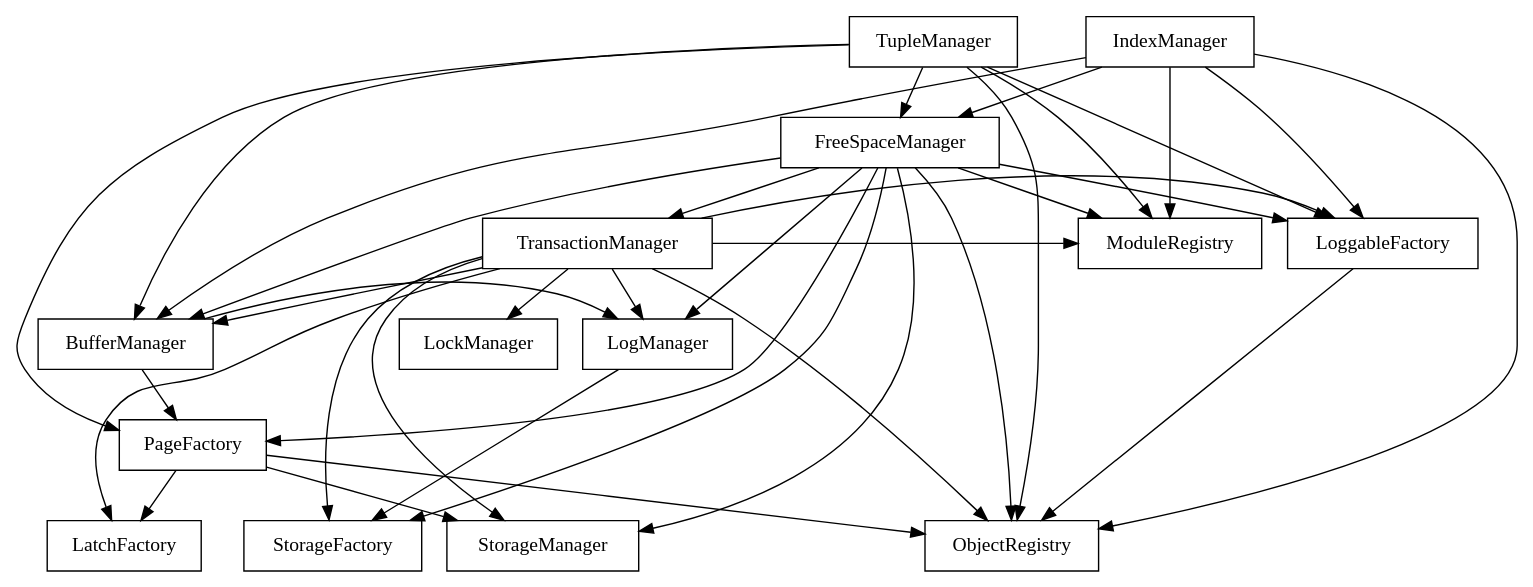
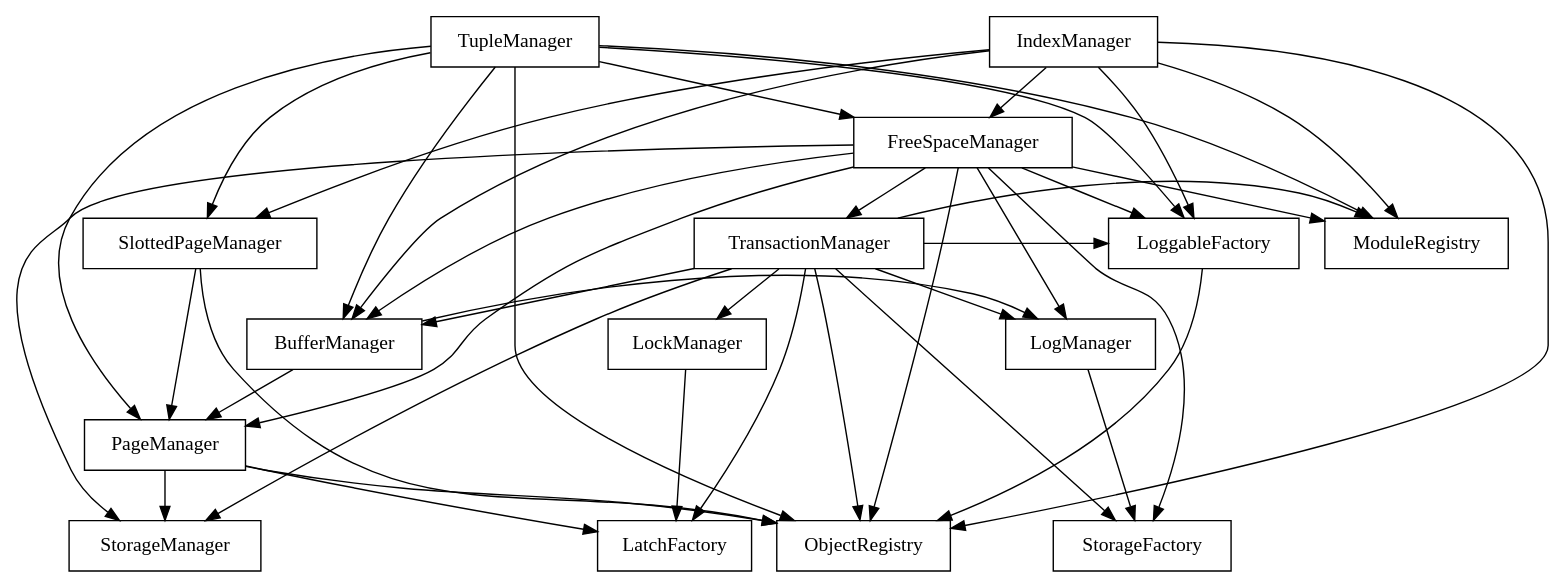
Before and after one commit to dibyendumajumdar/simpledbm: the diagram in simpledbm-docs/docs/component-model.dot, drawn with Graphviz.

Commit message:
Documentation update

```diff
--- a/simpledbm-docs/docs/component-model.dot
+++ b/simpledbm-docs/docs/component-model.dot
@@ -1,78 +1,83 @@
-digraph SplitLeaf2 {
+digraph ComponentModel {
     node[shape=box]
     {
 	rank=same;
 	object_registry[label="ObjectRegistry"];
     }
     {
 	rank=same;
 	storage_factory[label="StorageFactory"];
 	storage_manager[label="StorageManager"];
 	latch_factory[label="LatchFactory"];
     }
     {
 	rank=same;
-	page_factory[label="PageFactory"];
-/*	slotted_page_manager[label="SlottedPageManager"]; */
+	page_factory[label="PageManager"];
+    }
+    {
+    rank=same;
+	slotted_page_manager[label="SlottedPageManager"]; 
     }
     {
 	rank=same;
 	lock_manager[label="LockManager"];
 	log_manager[label="LogManager"];
 	buffer_manager[label="BufferManager"];
     }
     {
 	rank=same;
 	loggable_factory[label="LoggableFactory"];
 	module_registry[label="ModuleRegistry"];
 	transaction_manager[label="TransactionManager"];
     }
     {
 	rank=same;
 	space_manager[label="FreeSpaceManager"];
     }
     {
 	rank=same;
 	index_manager[label="IndexManager"];
 	tuple_manager[label="TupleManager"];
     }
     page_factory -> object_registry;
     page_factory -> storage_manager;
     page_factory -> latch_factory;
-/*    slotted_page_manager -> object_registry; */
+    slotted_page_manager -> object_registry;
+    slotted_page_manager -> page_factory;
+    lock_manager -> latch_factory;
     loggable_factory -> object_registry;
     log_manager -> storage_factory;
     buffer_manager -> log_manager;
     buffer_manager -> page_factory;
     transaction_manager -> log_manager;
     transaction_manager -> storage_factory;
     transaction_manager -> storage_manager;
     transaction_manager -> buffer_manager;
     transaction_manager -> lock_manager;
     transaction_manager -> loggable_factory;
     transaction_manager -> latch_factory;
     transaction_manager -> object_registry;
     transaction_manager -> module_registry;
     space_manager -> object_registry;
     space_manager -> page_factory;
     space_manager -> log_manager;
     space_manager -> buffer_manager;
     space_manager -> storage_manager;
     space_manager -> storage_factory;
     space_manager -> loggable_factory;
     space_manager -> transaction_manager;
     space_manager -> module_registry;
     index_manager -> object_registry;
     index_manager -> loggable_factory;
     index_manager -> space_manager;
     index_manager -> buffer_manager;
-/*    index_manager -> slotted_page_manager; */
+    index_manager -> slotted_page_manager;
     index_manager -> module_registry;
     tuple_manager -> object_registry;
     tuple_manager -> loggable_factory;
     tuple_manager -> space_manager;
     tuple_manager -> buffer_manager;
-/*    tuple_manager -> slotted_page_manager; */
+    tuple_manager -> slotted_page_manager;
     tuple_manager -> module_registry;
     tuple_manager -> page_factory;
 }
```
